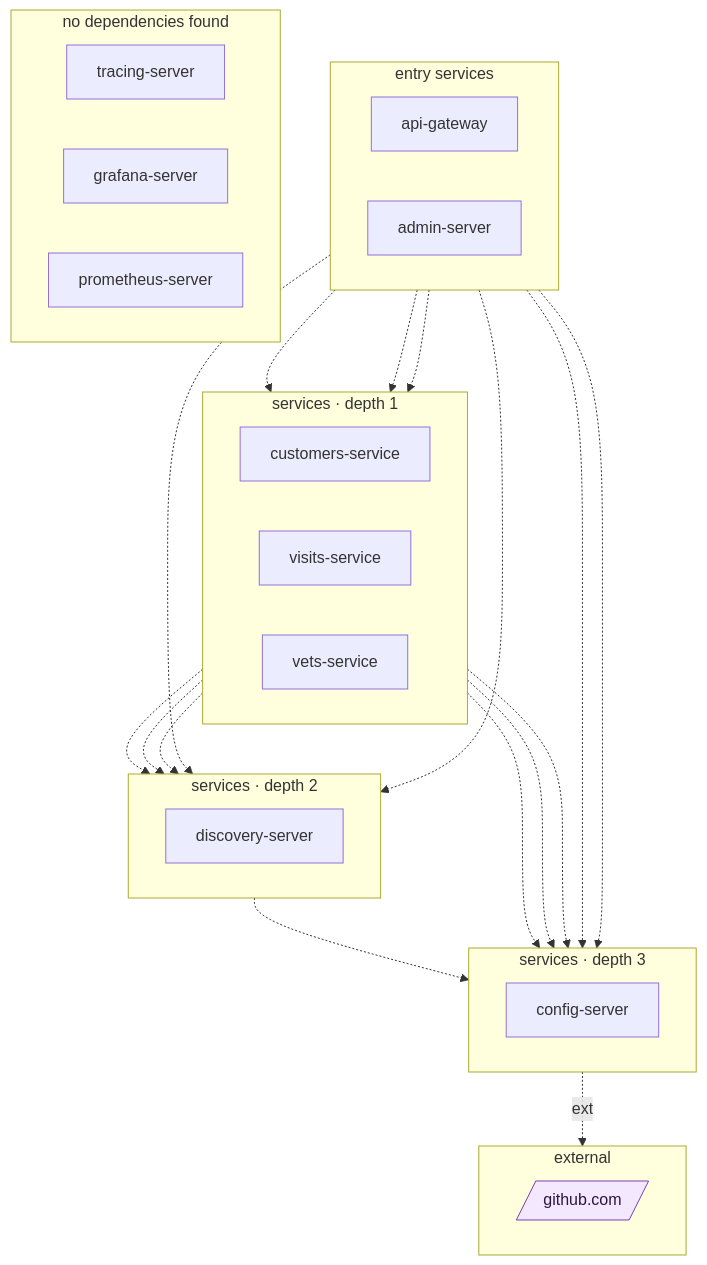
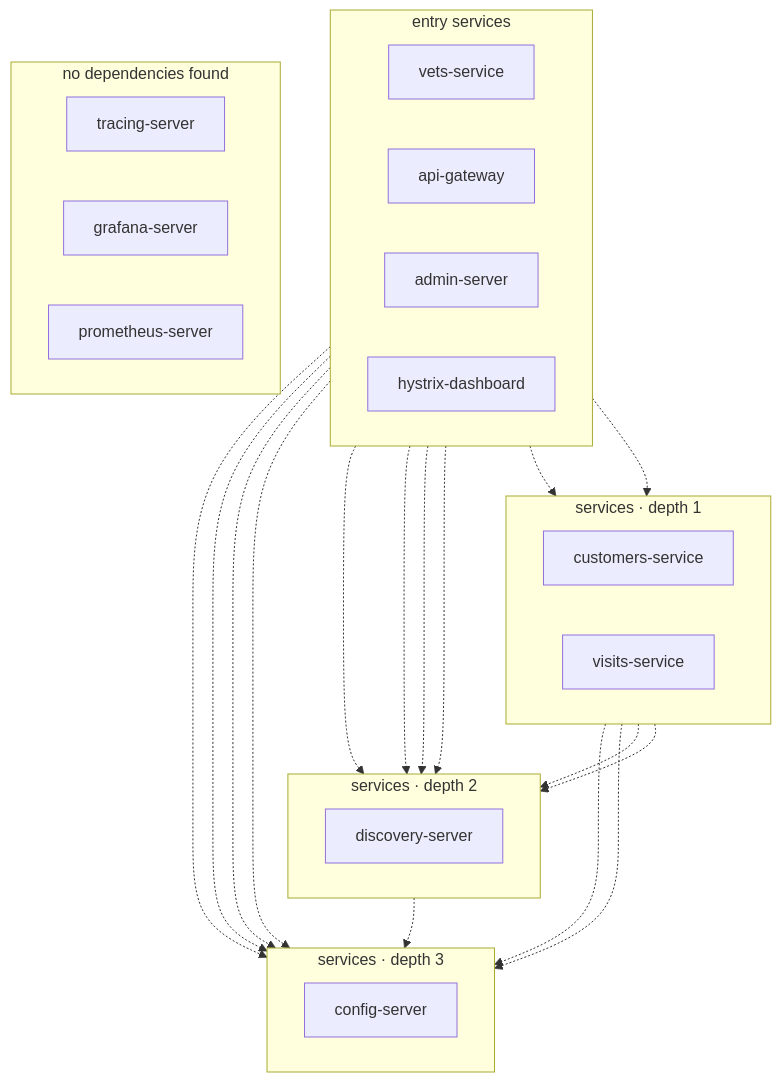
The diagram in docs/generalization/external/spring-petclinic.summary.md (ANYuu531/ChatOps4Msa-Pipeline), drawn with Mermaid before and after one commit. The commit also changed other lines of this file and 29 other files, not shown here.

First line of the commit message:
generalization: align third-party comparison to the dataset's real graph date (2019-08-19)

````diff
--- a/docs/generalization/external/spring-petclinic.summary.md
+++ b/docs/generalization/external/spring-petclinic.summary.md
@@ -54,52 +58,48 @@
 ```mermaid
 flowchart TB
 %% DepWeaver — microservice dependency graph
 %% solid arrow = observed at runtime (Istio) · dashed = declared in code/doc only
 %% node shape: [service] ([gateway]) [(db)] {{queue}} [/external/]
   subgraph layer0 ["entry services"]
     direction LR
+    vets_service["vets-service"]
     api_gateway["api-gateway"]
     admin_server["admin-server"]
+    hystrix_dashboard["hystrix-dashboard"]
   end
   subgraph layer1 ["services · depth 1"]
     direction LR
     customers_service["customers-service"]
     visits_service["visits-service"]
-    vets_service["vets-service"]
   end
   subgraph layer2 ["services · depth 2"]
     direction LR
     discovery_server["discovery-server"]
   end
   subgraph layer3 ["services · depth 3"]
     direction LR
     config_server["config-server"]
   end
-  subgraph layer4 ["external"]
-    direction LR
-    github_com[/"github.com"/]:::external
-  end
-  subgraph layer5 ["no dependencies found"]
+  subgraph layer4 ["no dependencies found"]
     direction LR
     tracing_server["tracing-server"]
     grafana_server["grafana-server"]
     prometheus_server["prometheus-server"]
   end
   api_gateway -.-> customers_service
   api_gateway -.-> visits_service
-  config_server -. ext .-> github_com
-  api_gateway -.-> vets_service
   discovery_server -.-> config_server
   customers_service -.-> config_server
   customers_service -.-> discovery_server
   visits_service -.-> config_server
   visits_service -.-> discovery_server
   vets_service -.-> config_server
   vets_service -.-> discovery_server
   api_gateway -.-> config_server
   api_gateway -.-> discovery_server
   admin_server -.-> config_server
   admin_server -.-> discovery_server
-classDef external fill:#f3e8ff,stroke:#7a3fb0,color:#2e1440;
+  hystrix_dashboard -.-> config_server
+  hystrix_dashboard -.-> discovery_server
 
 ```
````
